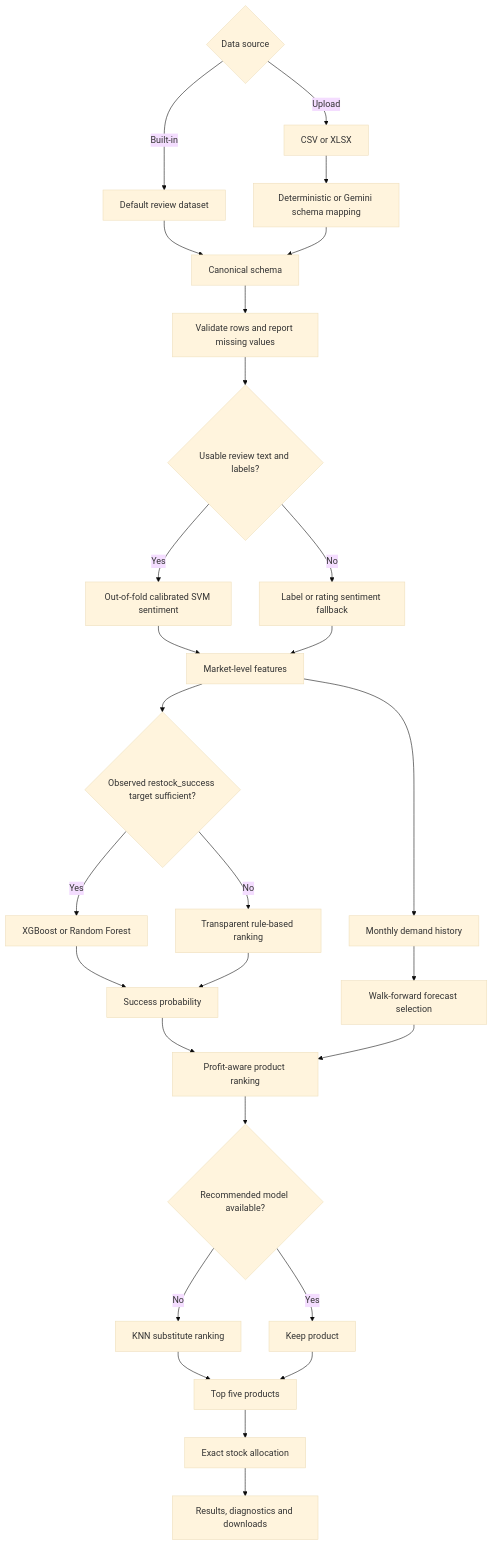
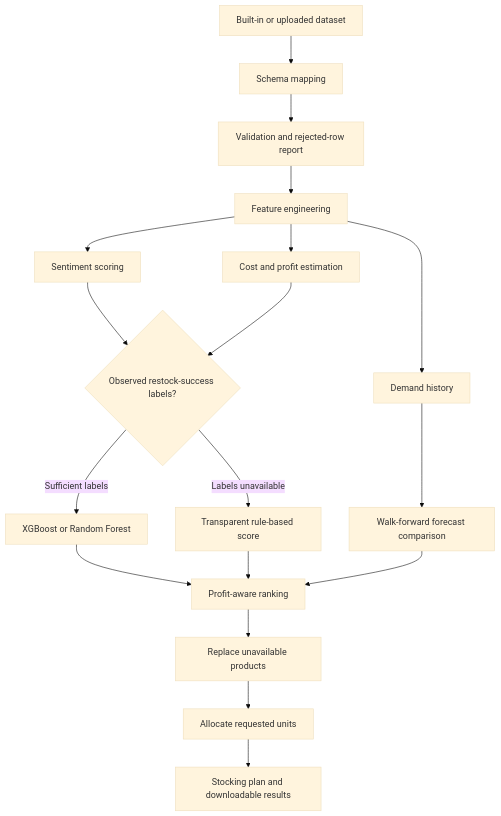
One commit to sameerkumar01/ML_restocking_tool changed the diagram in README.md. Above: the diagram before and after it, drawn with Mermaid (base theme). The commit also changed other lines of this file, not shown here.

````diff
--- a/README.md
+++ b/README.md
@@ -22,30 +46,20 @@
 ```mermaid
-flowchart TB
-    A{Data source} -->|Built-in| B[Default review dataset]
-    A -->|Upload| C[CSV or XLSX]
-    C --> D[Deterministic or Gemini schema mapping]
-    B --> E[Canonical schema]
-    D --> E
-    E --> F[Validate rows and report missing values]
-    F --> G{Usable review text and labels?}
-    G -->|Yes| H[Out-of-fold calibrated SVM sentiment]
-    G -->|No| I[Label or rating sentiment fallback]
-    H --> J[Market-level features]
-    I --> J
-    J --> K{Observed restock_success target sufficient?}
-    K -->|Yes| L[XGBoost or Random Forest]
-    K -->|No| M[Transparent rule-based ranking]
-    L --> N[Success probability]
-    M --> N
-    J --> O[Monthly demand history]
-    O --> P[Walk-forward forecast selection]
-    N --> Q[Profit-aware product ranking]
-    P --> Q
-    Q --> R{Recommended model available?}
-    R -->|No| S[KNN substitute ranking]
-    R -->|Yes| T[Keep product]
-    S --> U[Top five products]
-    T --> U
-    U --> V[Exact stock allocation]
-    V --> W[Results, diagnostics and downloads]
+flowchart TD
+    A[Built-in or uploaded dataset] --> B[Schema mapping]
+    B --> C[Validation and rejected-row report]
+    C --> D[Feature engineering]
+    D --> E[Sentiment scoring]
+    D --> F[Demand history]
+    D --> G[Cost and profit estimation]
+    E --> H{Observed restock-success labels?}
+    G --> H
+    H -->|Sufficient labels| I[XGBoost or Random Forest]
+    H -->|Labels unavailable| J[Transparent rule-based score]
+    F --> K[Walk-forward forecast comparison]
+    I --> L[Profit-aware ranking]
+    J --> L
+    K --> L
+    L --> M[Replace unavailable products]
+    M --> N[Allocate requested units]
+    N --> O[Stocking plan and downloadable results]
 ```
````
